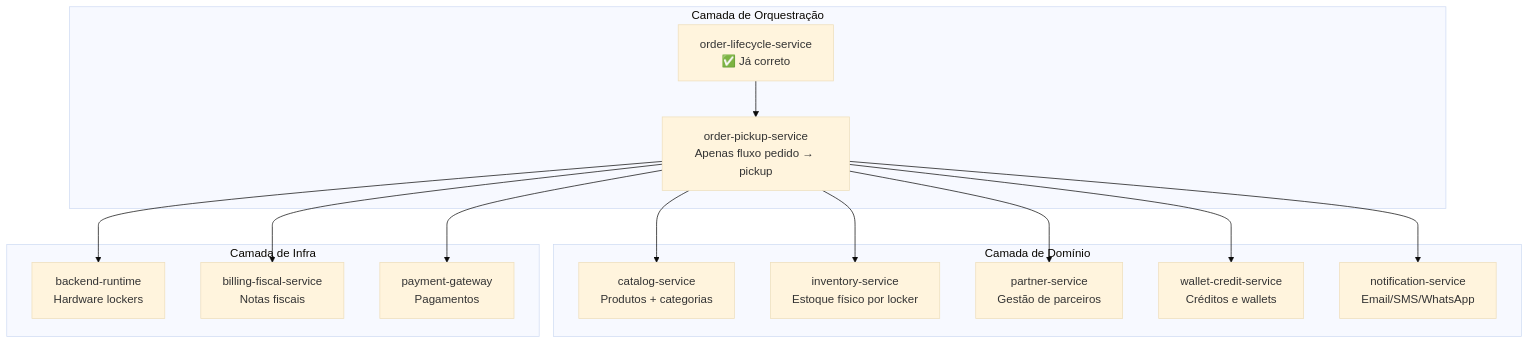
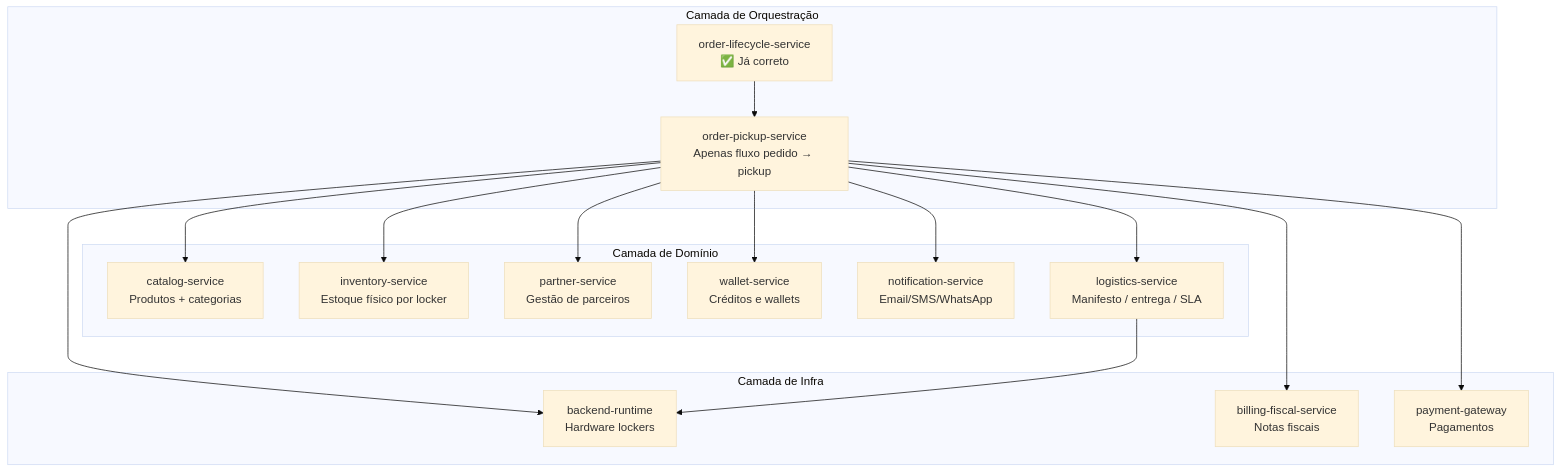
Before and after one commit to 1268marcos/ellan_lab: the first of 3 diagrams in docs/visao_order_pickup_service.md, drawn with Mermaid (base theme). The commit also changed other lines of this file and 38 other files, not shown here.

````diff
--- a/docs/visao_order_pickup_service.md
+++ b/docs/visao_order_pickup_service.md
@@ -132,31 +132,34 @@
 ```mermaid
 graph TB
     subgraph "Camada de Orquestração"
         A[order-pickup-service<br/>Apenas fluxo pedido → pickup]
         B[order-lifecycle-service<br/>✅ Já correto]
     end
 
     subgraph "Camada de Domínio"
         C[catalog-service<br/>Produtos + categorias]
         D[inventory-service<br/>Estoque físico por locker]
         E[partner-service<br/>Gestão de parceiros]
-        F[wallet-credit-service<br/>Créditos e wallets]
+        F[wallet-service<br/>Créditos e wallets]
         G[notification-service<br/>Email/SMS/WhatsApp]
+        K[logistics-service<br/>Manifesto / entrega / SLA]
     end
 
     subgraph "Camada de Infra"
         H[backend-runtime<br/>Hardware lockers]
         I[billing-fiscal-service<br/>Notas fiscais]
         J[payment-gateway<br/>Pagamentos]
     end
 
     A --> C
     A --> D
     A --> E
     A --> F
     A --> G
+    A --> K
     A --> H
     A --> I
     A --> J
+    K --> H
     B --> A
 ```
````
